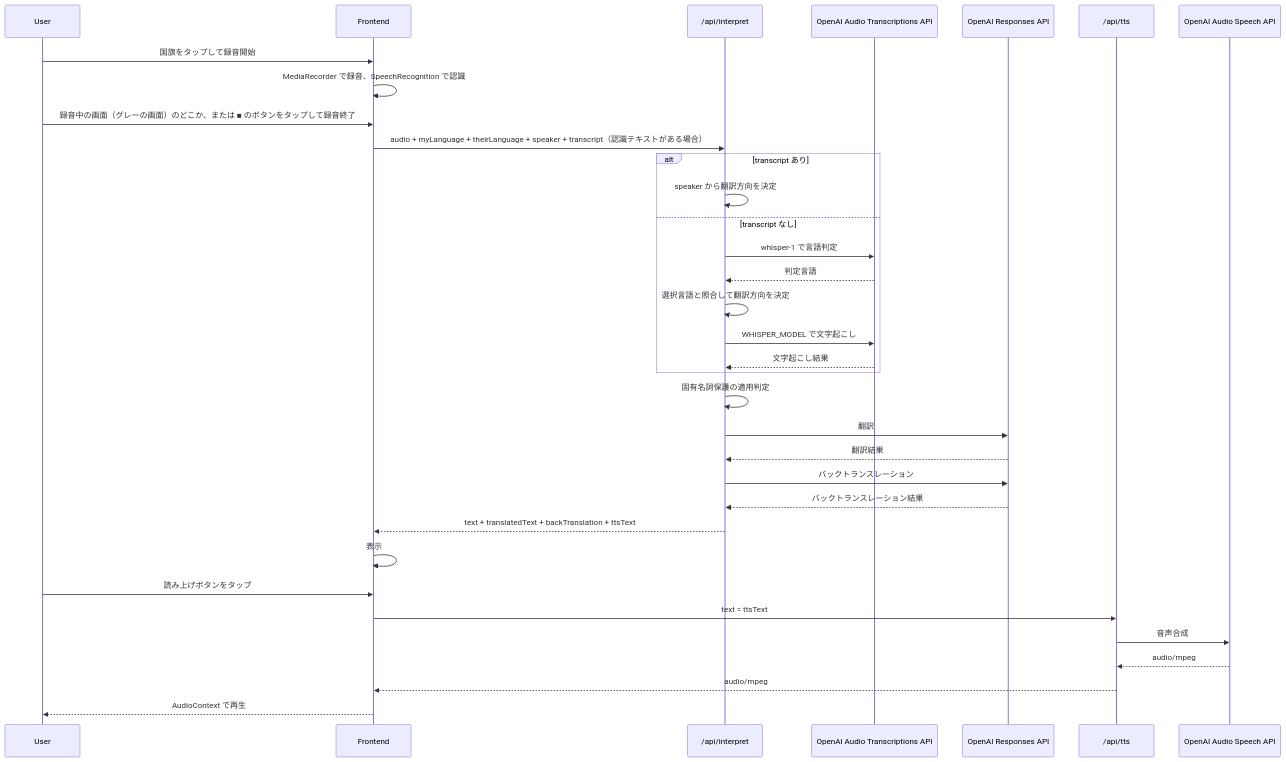
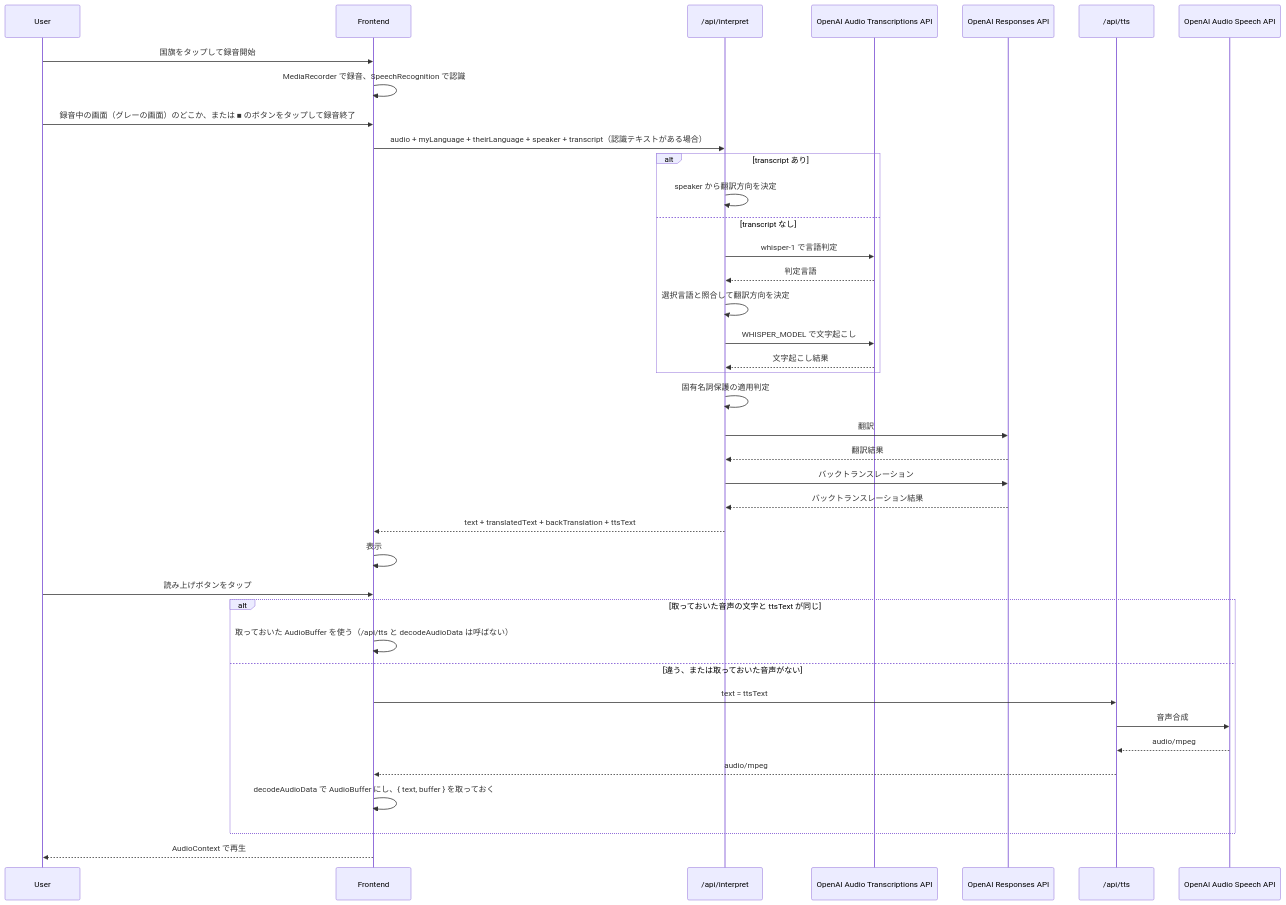
The diagram in docs/translation-flow.md (shin-arita/gotalk), drawn with Mermaid before and after one commit. The commit also changed other lines of this file and 12 other files, not shown here.

````diff
--- a/docs/translation-flow.md
+++ b/docs/translation-flow.md
@@ -21,37 +22,42 @@
 ```mermaid
 sequenceDiagram
   participant User
   participant FE as Frontend
   participant IN as /api/interpret
   participant WH as OpenAI Audio Transcriptions API
   participant OA as OpenAI Responses API
   participant TTSAPI as /api/tts
   participant Speech as OpenAI Audio Speech API
 
   User->>FE: 国旗をタップして録音開始
   FE->>FE: MediaRecorder で録音、SpeechRecognition で認識
   User->>FE: 録音中の画面（グレーの画面）のどこか、または ■ のボタンをタップして録音終了
   FE->>IN: audio + myLanguage + theirLanguage + speaker + transcript（認識テキストがある場合）
   alt transcript あり
     IN->>IN: speaker から翻訳方向を決定
   else transcript なし
     IN->>WH: whisper-1 で言語判定
     WH-->>IN: 判定言語
     IN->>IN: 選択言語と照合して翻訳方向を決定
     IN->>WH: WHISPER_MODEL で文字起こし
     WH-->>IN: 文字起こし結果
   end
   IN->>IN: 固有名詞保護の適用判定
   IN->>OA: 翻訳
   OA-->>IN: 翻訳結果
   IN->>OA: バックトランスレーション
   OA-->>IN: バックトランスレーション結果
   IN-->>FE: text + translatedText + backTranslation + ttsText
   FE->>FE: 表示
   User->>FE: 読み上げボタンをタップ
-  FE->>TTSAPI: text = ttsText
-  TTSAPI->>Speech: 音声合成
-  Speech-->>TTSAPI: audio/mpeg
-  TTSAPI-->>FE: audio/mpeg
+  alt 取っておいた音声の文字と ttsText が同じ
+    FE->>FE: 取っておいた AudioBuffer を使う（/api/tts と decodeAudioData は呼ばない）
+  else 違う、または取っておいた音声がない
+    FE->>TTSAPI: text = ttsText
+    TTSAPI->>Speech: 音声合成
+    Speech-->>TTSAPI: audio/mpeg
+    TTSAPI-->>FE: audio/mpeg
+    FE->>FE: decodeAudioData で AudioBuffer にし、{ text, buffer } を取っておく
+  end
   FE-->>User: AudioContext で再生
 ```
````
